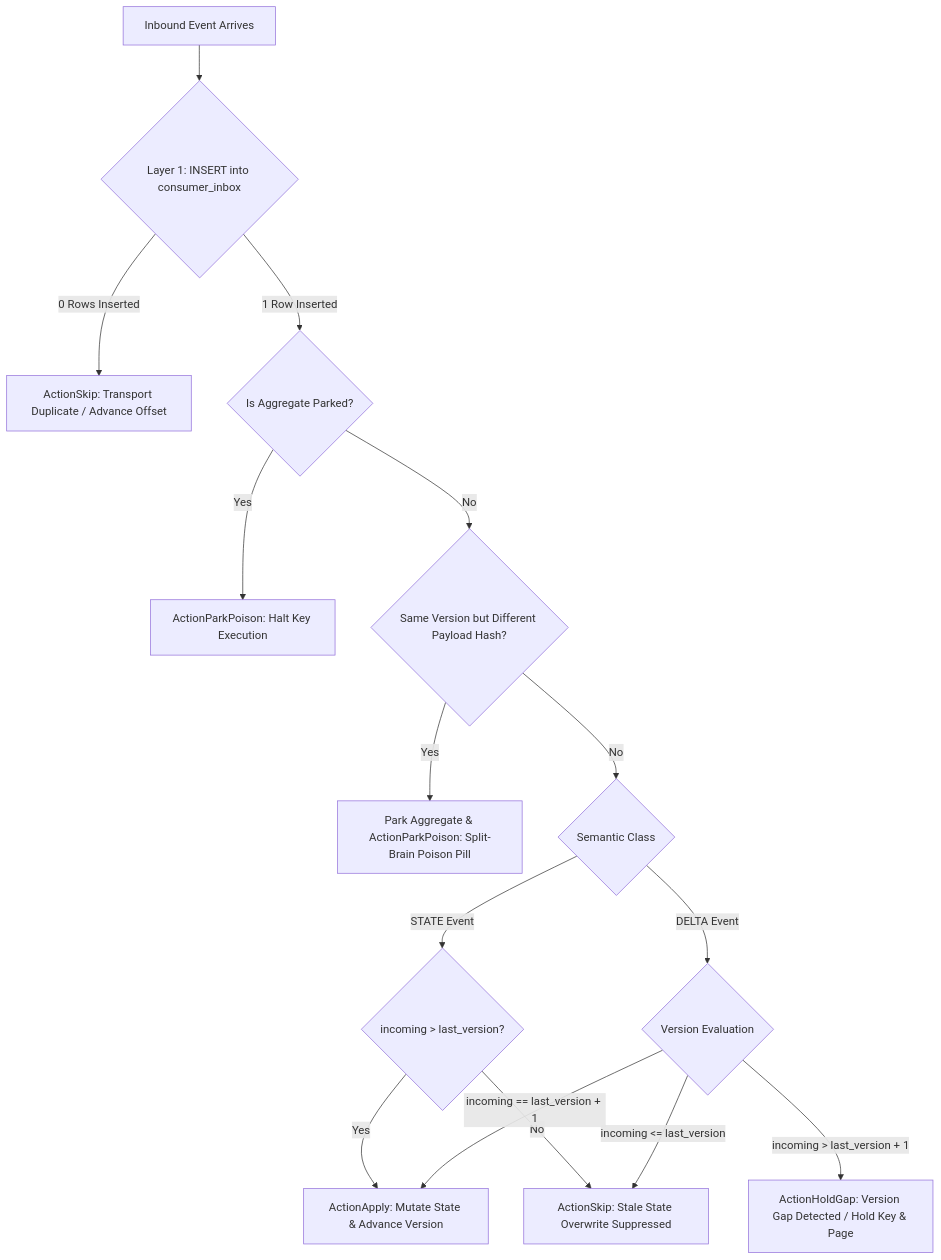
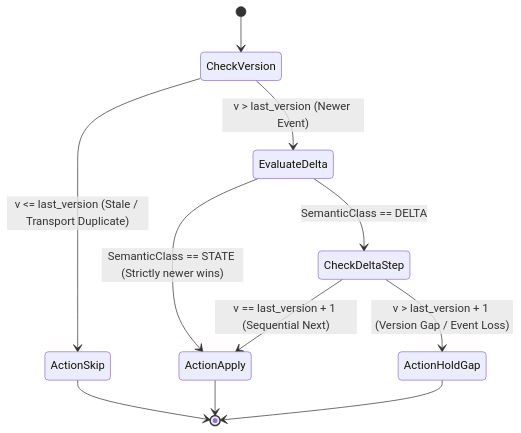
The third of 7 diagrams in docs/features/idempotent-consumers/adr.md (Chief-Strategist-J/event-driven-platform), drawn with Mermaid before and after one commit. The commit also changed other lines of this file and 28 other files, not shown here.

Commit message:
feat(idempotent-consumers): harden DB storage constraints, error mapper, per-handler projections and complete ADR diagrams

````diff
--- a/docs/features/idempotent-consumers/adr.md
+++ b/docs/features/idempotent-consumers/adr.md
@@ -98,21 +107,20 @@
 ```mermaid
-flowchart TD
-    Start[Inbound Event Arrives] --> L1{Layer 1: INSERT into consumer_inbox}
-    L1 -- 0 Rows Inserted --> SkipDupe[ActionSkip: Transport Duplicate / Advance Offset]
-    L1 -- 1 Row Inserted --> CheckParked{Is Aggregate Parked?}
+stateDiagram-v2
+    [*] --> CheckVersion
     
-    CheckParked -- Yes --> ParkHold[ActionParkPoison: Halt Key Execution]
-    CheckParked -- No --> CheckHash{Same Version but Different Payload Hash?}
-    
-    CheckHash -- Yes --> SplitBrain[Park Aggregate & ActionParkPoison: Split-Brain Poison Pill]
-    CheckHash -- No --> CheckSemantic{Semantic Class}
-    
-    CheckSemantic -- STATE Event --> VState{incoming > last_version?}
-    VState -- Yes --> ApplyEffect[ActionApply: Mutate State & Advance Version]
-    VState -- No --> SkipStale[ActionSkip: Stale State Overwrite Suppressed]
-    
-    CheckSemantic -- DELTA Event --> VDelta{Version Evaluation}
-    VDelta -- incoming <= last_version --> SkipStale
-    VDelta -- incoming == last_version + 1 --> ApplyEffect
-    VDelta -- incoming > last_version + 1 --> HoldGap[ActionHoldGap: Version Gap Detected / Hold Key & Page]
+    state CheckVersion <<choice>>
+    CheckVersion --> ActionSkip : v <= last_version (Stale / Transport Duplicate)
+    CheckVersion --> EvaluateDelta : v > last_version (Newer Event)
+
+    state EvaluateDelta <<choice>>
+    EvaluateDelta --> ActionApply : SemanticClass == STATE (Strictly newer wins)
+    EvaluateDelta --> CheckDeltaStep : SemanticClass == DELTA
+
+    state CheckDeltaStep <<choice>>
+    CheckDeltaStep --> ActionApply : v == last_version + 1 (Sequential Next)
+    CheckDeltaStep --> ActionHoldGap : v > last_version + 1 (Version Gap / Event Loss)
+
+    ActionSkip --> [*]
+    ActionApply --> [*]
+    ActionHoldGap --> [*]
 ```
````
